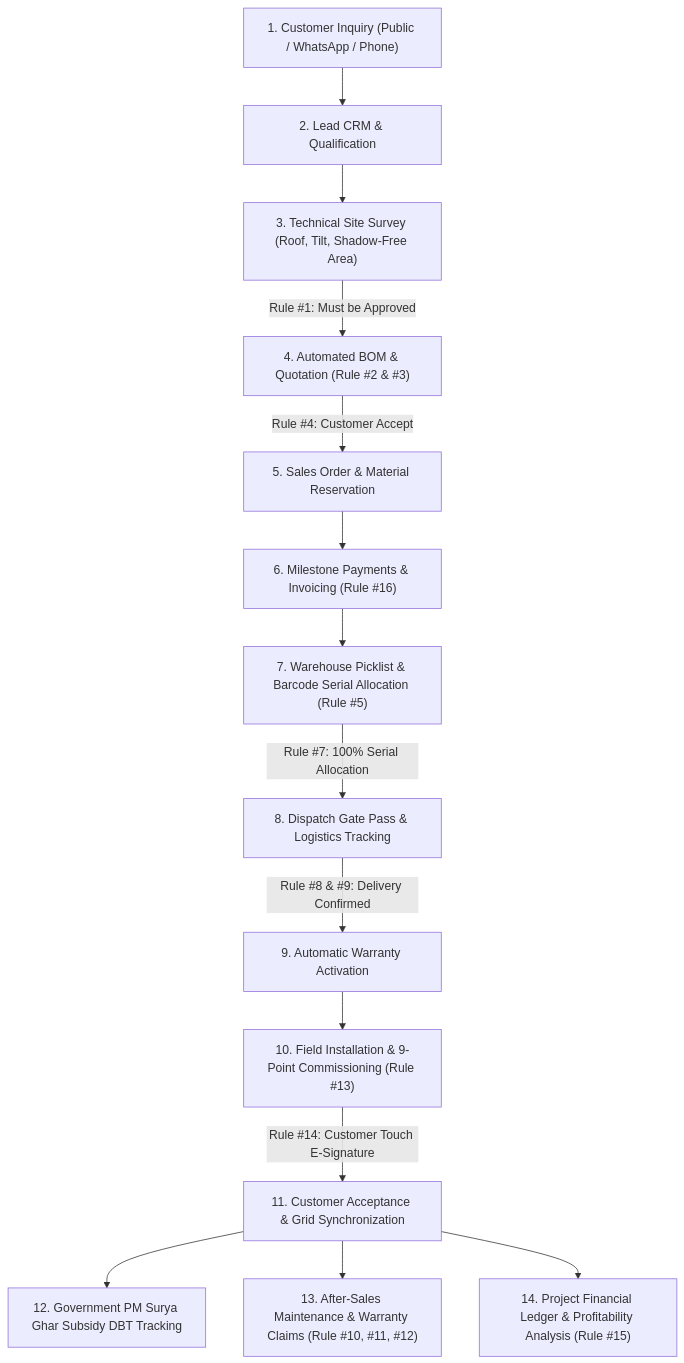
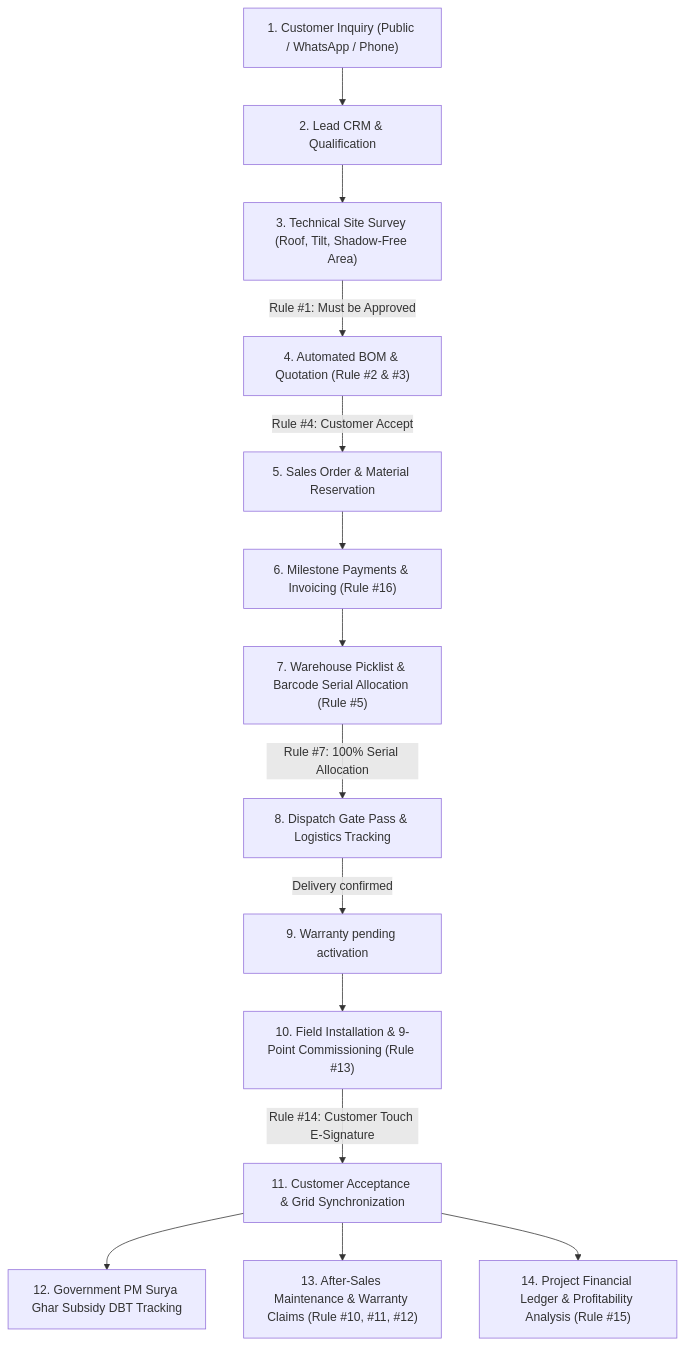
Before and after one commit to sivamani-repo/aarka: the first of 2 diagrams in README.md, drawn with Mermaid. The commit also changed other lines of this file and 45 other files, not shown here.

````diff
--- a/README.md
+++ b/README.md
@@ -26,16 +24,16 @@
 ```mermaid
 flowchart TD
     A["1. Customer Inquiry (Public / WhatsApp / Phone)"] --> B["2. Lead CRM & Qualification"]
     B --> C["3. Technical Site Survey (Roof, Tilt, Shadow-Free Area)"]
     C -->|Rule #1: Must be Approved| D["4. Automated BOM & Quotation (Rule #2 & #3)"]
     D -->|Rule #4: Customer Accept| E["5. Sales Order & Material Reservation"]
     E --> F["6. Milestone Payments & Invoicing (Rule #16)"]
     F --> G["7. Warehouse Picklist & Barcode Serial Allocation (Rule #5)"]
     G -->|Rule #7: 100% Serial Allocation| H["8. Dispatch Gate Pass & Logistics Tracking"]
-    H -->|Rule #8 & #9: Delivery Confirmed| I["9. Automatic Warranty Activation"]
+    H -->|Delivery confirmed| I["9. Warranty pending activation"]
     I --> J["10. Field Installation & 9-Point Commissioning (Rule #13)"]
     J -->|Rule #14: Customer Touch E-Signature| K["11. Customer Acceptance & Grid Synchronization"]
     K --> L["12. Government PM Surya Ghar Subsidy DBT Tracking"]
     K --> M["13. After-Sales Maintenance & Warranty Claims (Rule #10, #11, #12)"]
     K --> N["14. Project Financial Ledger & Profitability Analysis (Rule #15)"]
 ```
````
